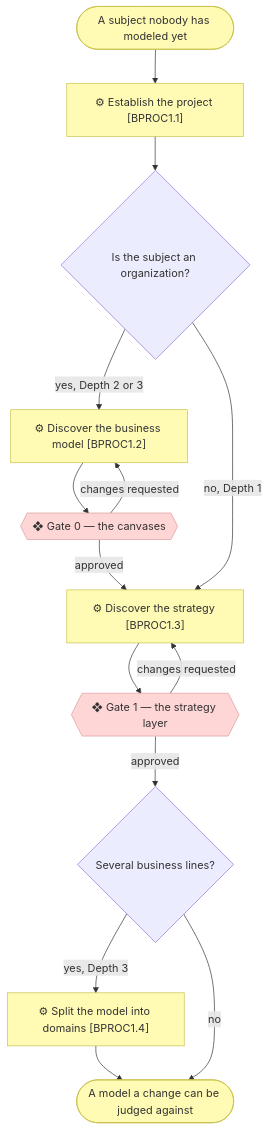
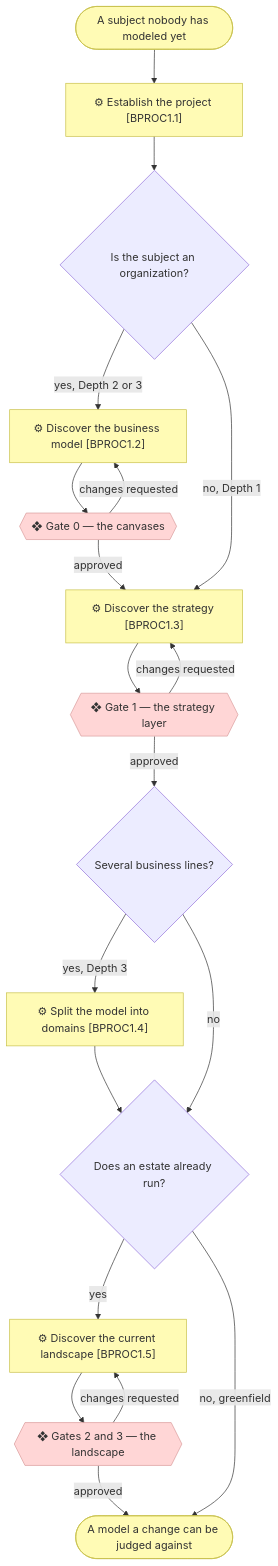
One commit to roanboc/archreator changed the first of 5 diagrams in docs/process/1_level-1-macro-processes.md. Above: the diagram before and after it, drawn with Mermaid. The commit also changed other lines of this file and 22 other files, not shown here.

````diff
--- a/docs/process/1_level-1-macro-processes.md
+++ b/docs/process/1_level-1-macro-processes.md
@@ -16,29 +17,36 @@
 ```mermaid
 flowchart TD
   req(["A subject nobody has modeled yet"])
   p11["⚙ Establish the project [BPROC1.1]"]
   org{"Is the subject an organization?"}
   p12["⚙ Discover the business model [BPROC1.2]"]
   g0{{"❖ Gate 0 — the canvases"}}
   p13["⚙ Discover the strategy [BPROC1.3]"]
   g1{{"❖ Gate 1 — the strategy layer"}}
   deep{"Several business lines?"}
   p14["⚙ Split the model into domains [BPROC1.4]"]
+  est{"Does an estate already run?"}
+  p15["⚙ Discover the current landscape [BPROC1.5]"]
+  g23{{"❖ Gates 2 and 3 — the landscape"}}
   done(["A model a change can be judged against"])
 
   req --> p11 --> org
   org -->|yes, Depth 2 or 3| p12 --> g0
   g0 -->|changes requested| p12
   g0 -->|approved| p13
   org -->|no, Depth 1| p13
   p13 --> g1
   g1 -->|changes requested| p13
   g1 -->|approved| deep
-  deep -->|yes, Depth 3| p14 --> done
-  deep -->|no| done
+  deep -->|yes, Depth 3| p14 --> est
+  deep -->|no| est
+  est -->|yes| p15 --> g23
+  g23 -->|changes requested| p15
+  g23 -->|approved| done
+  est -->|no, greenfield| done
 
   classDef business fill:#fffbb5,stroke:#c8c04a,color:#333
   classDef implementation fill:#ffd6d6,stroke:#d99b9b,color:#333
-  class p11,p12,p13,p14,req,done business
-  class g0,g1 implementation
+  class p11,p12,p13,p14,p15,req,done business
+  class g0,g1,g23 implementation
 ```
````
